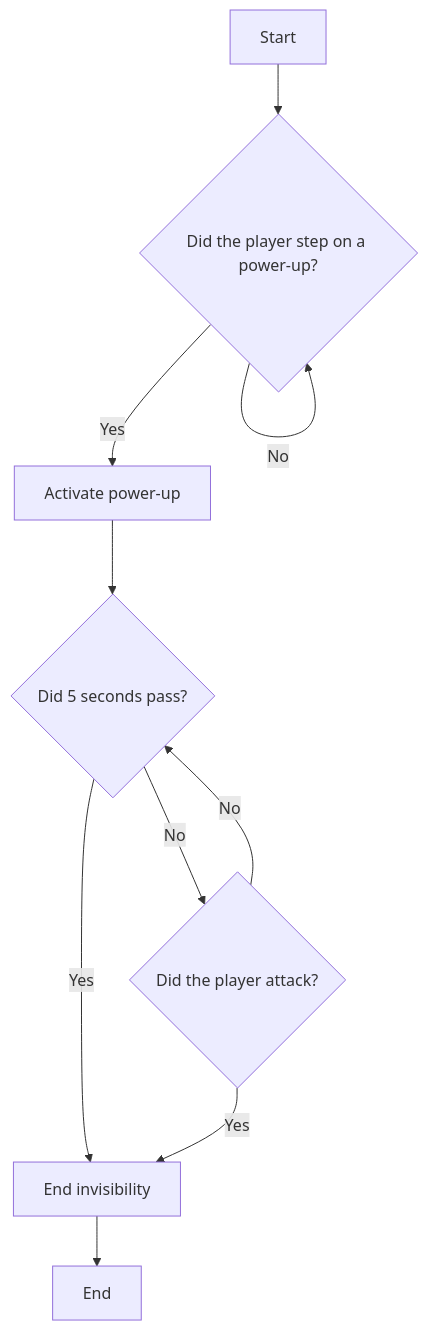
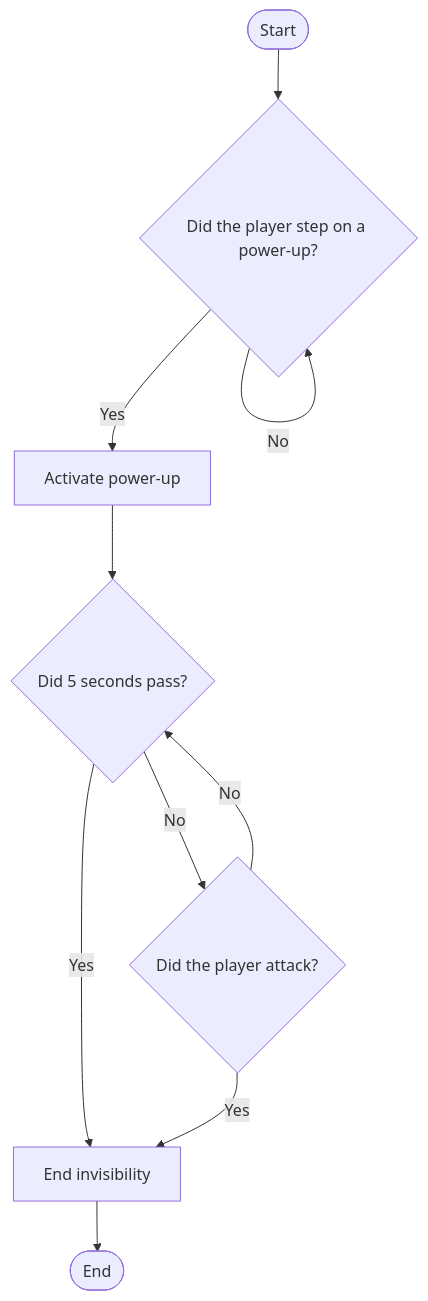
Before and after one commit to lrwham/mrwillingham-com: the diagram in content/scratch/week-2/day-8/example/index.md, drawn with Mermaid.

````diff
--- a/content/scratch/week-2/day-8/example/index.md
+++ b/content/scratch/week-2/day-8/example/index.md
@@ -10,19 +10,19 @@
 ```mermaid
 flowchart TD
-    A[Start]
+    A([Start])
     B{Did the player step on a power-up?}
     C[Activate power-up]
     D{Did 5 seconds pass?}
     E{Did the player attack?}
     F[End invisibility]
-    G[End]
+    G([End])
     A --> B
     B -- Yes --> C
     B -- No --> B
     C --> D
     D -- Yes --> F
     D -- No --> E
     E -- Yes --> F
     E -- No --> D
     F --> G
 ```
````
